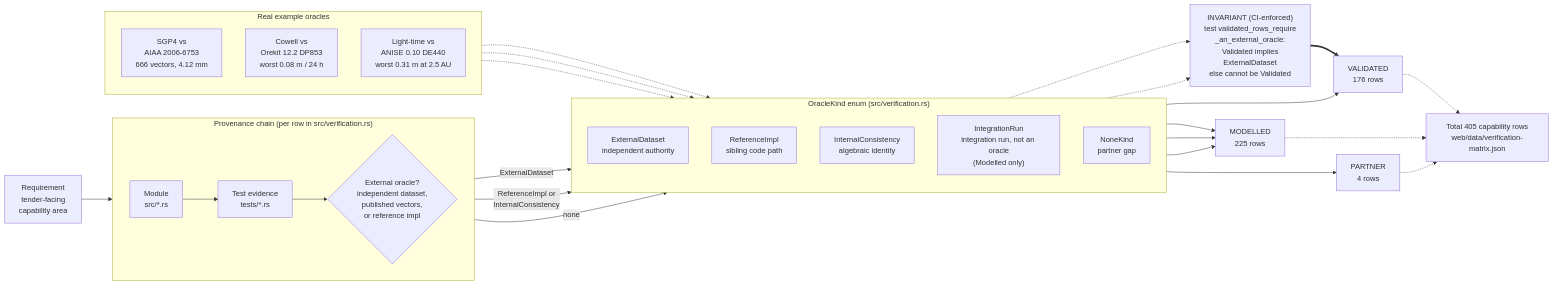
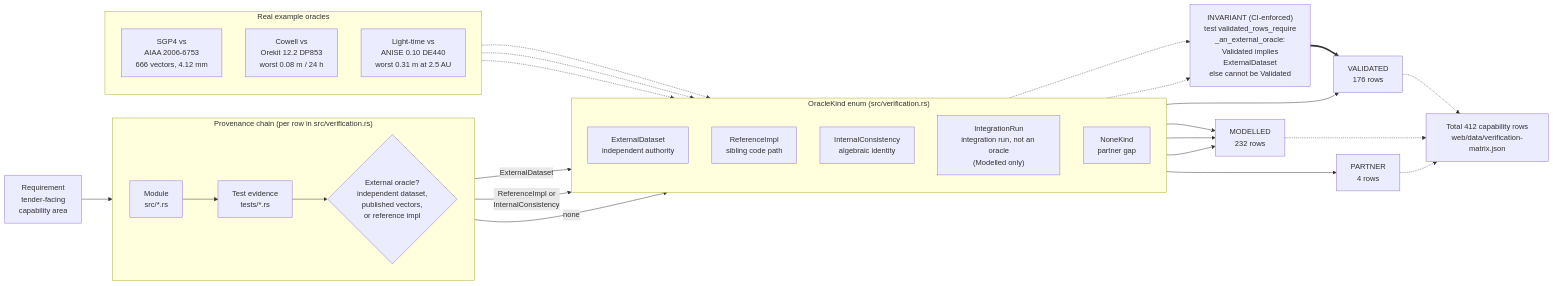
The diagram in docs/diagrams/validation-provenance.mmd (ashfordeOU/kshana), drawn with Mermaid before and after one commit. The commit also changed 28 other files, not shown here.

First line of the commit message:
Counts: the matrix at 412 rows (176 VALIDATED, 232 MODELLED, 4 PARTNER) in the READMEs and figures

```diff
--- a/docs/diagrams/validation-provenance.mmd
+++ b/docs/diagrams/validation-provenance.mmd
@@ -1,51 +1,51 @@
 flowchart LR
     REQ["Requirement<br/>tender-facing<br/>capability area"]
 
     subgraph CHAIN["Provenance chain (per row in src/verification.rs)"]
         direction LR
         MOD["Module<br/>src/*.rs"]
         TST["Test evidence<br/>tests/*.rs"]
         ORA{"External oracle?<br/>independent dataset,<br/>published vectors,<br/>or reference impl"}
     end
 
     REQ --> MOD --> TST --> ORA
 
     subgraph KINDS["OracleKind enum (src/verification.rs)"]
         direction TD
         EXT["ExternalDataset<br/>independent authority"]
         REF["ReferenceImpl<br/>sibling code path"]
         INT["InternalConsistency<br/>algebraic identity"]
         IRN["IntegrationRun<br/>integration run, not an oracle<br/>(Modelled only)"]
         NON["NoneKind<br/>partner gap"]
     end
 
     ORA -->|ExternalDataset| EXT
     ORA -->|"ReferenceImpl or<br/>InternalConsistency"| INT
     ORA -->|none| NON
 
     GUARD["INVARIANT (CI-enforced)<br/>test validated_rows_require<br/>_an_external_oracle:<br/>Validated implies<br/>ExternalDataset<br/>else cannot be Validated"]
     EXT -.-> GUARD
     INT -.-> GUARD
 
     EXT --> VAL["VALIDATED<br/>176 rows"]
-    REF --> MDL["MODELLED<br/>225 rows"]
+    REF --> MDL["MODELLED<br/>232 rows"]
     INT --> MDL
     IRN --> MDL
     NON --> PRT["PARTNER<br/>4 rows"]
     GUARD ==> VAL
 
     subgraph EX["Real example oracles"]
         direction TD
         E1["SGP4 vs<br/>AIAA 2006-6753<br/>666 vectors, 4.12 mm"]
         E2["Cowell vs<br/>Orekit 12.2 DP853<br/>worst 0.08 m / 24 h"]
         E3["Light-time vs<br/>ANISE 0.10 DE440<br/>worst 0.31 m at 2.5 AU"]
     end
 
     E1 -.-> EXT
     E2 -.-> EXT
     E3 -.-> EXT
 
-    TOTAL["Total 405 capability rows<br/>web/data/verification-matrix.json"]
+    TOTAL["Total 412 capability rows<br/>web/data/verification-matrix.json"]
     VAL -.-> TOTAL
     MDL -.-> TOTAL
     PRT -.-> TOTAL
```
